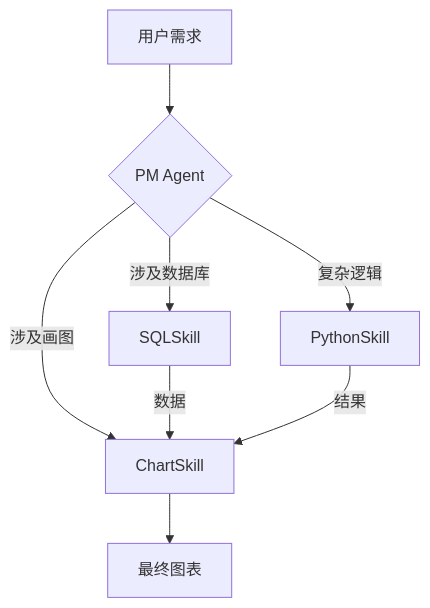
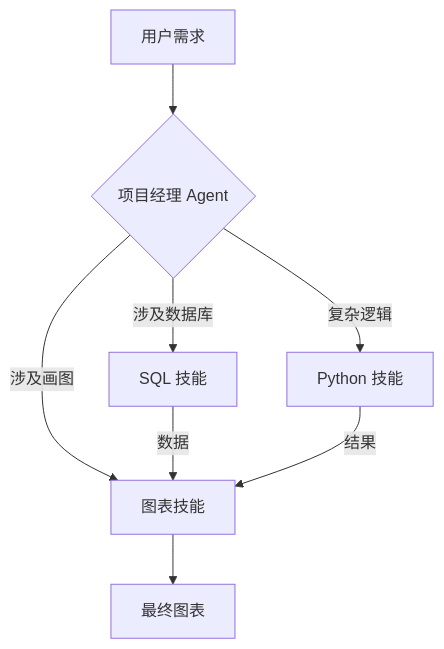
The diagram in 06_skills/6.5_combination.md (azaleta/claude_guide), drawn with Mermaid before and after one commit. The commit also changed 9 other files, not shown here.

Commit message:
Fix mermaid code

````diff
--- a/06_skills/6.5_combination.md
+++ b/06_skills/6.5_combination.md
@@ -32,13 +32,13 @@
 ```mermaid
 graph TD
-    UserQuery[用户需求] --> Router{PM Agent}
+    UserQuery[用户需求] --> Router{项目经理 Agent}
     
-    Router -->|涉及数据库| SQLSkill
-    Router -->|涉及画图| ChartSkill
-    Router -->|复杂逻辑| PythonSkill
+    Router -->|涉及数据库| SQLSkill[SQL 技能]
+    Router -->|涉及画图| ChartSkill[图表技能]
+    Router -->|复杂逻辑| PythonSkill[Python 技能]
     
     SQLSkill -->|数据| ChartSkill
     PythonSkill -->|结果| ChartSkill
     
     ChartSkill --> FinalResponse[最终图表]
 ```
````
